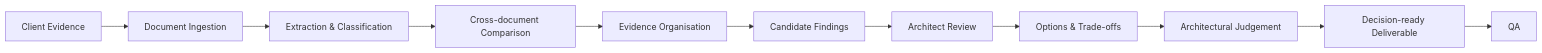
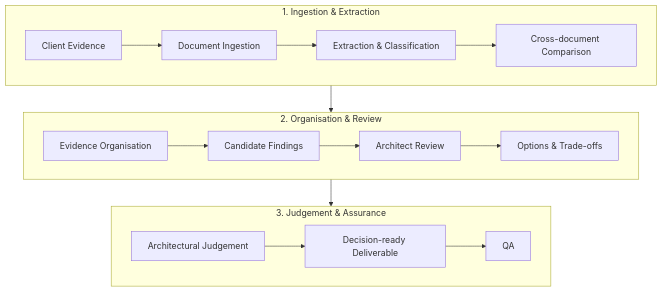
Before and after one commit to avfranco-br/portfolio: the sixth of 8 diagrams in docs/sop/methods/architecture-decision-review.md, drawn with Mermaid. The commit also changed other lines of this file and 10 other files, not shown here.

Commit message:
Refactor Mermaid diagrams across SOP and methods documentation for legibility

````diff
--- a/docs/sop/methods/architecture-decision-review.md
+++ b/docs/sop/methods/architecture-decision-review.md
@@ -1001,24 +1007,25 @@
 ```mermaid
-flowchart LR
-    E["Client Evidence"]
-    I["Document Ingestion"]
-    X["Extraction & Classification"]
-    C["Cross-document Comparison"]
-    O["Evidence Organisation"]
-    F["Candidate Findings"]
-    R["Architect Review"]
-    T["Options & Trade-offs"]
-    J["Architectural Judgement"]
-    D["Decision-ready Deliverable"]
-    Q["QA"]
-    E --> I
-    I --> X
-    X --> C
+flowchart TD
+    subgraph Tier1["1. Ingestion & Extraction"]
+        direction LR
+        E["Client Evidence"] --> I["Document Ingestion"]
+        I --> X["Extraction & Classification"]
+        X --> C["Cross-document Comparison"]
+    end
+
+    subgraph Tier2["2. Organisation & Review"]
+        direction LR
+        O["Evidence Organisation"] --> F["Candidate Findings"]
+        F --> R["Architect Review"]
+        R --> T["Options & Trade-offs"]
+    end
+
+    subgraph Tier3["3. Judgement & Assurance"]
+        direction LR
+        J["Architectural Judgement"] --> D["Decision-ready Deliverable"]
+        D --> Q["QA"]
+    end
+
     C --> O
-    O --> F
-    F --> R
-    R --> T
     T --> J
-    J --> D
-    D --> Q
 ```
````
